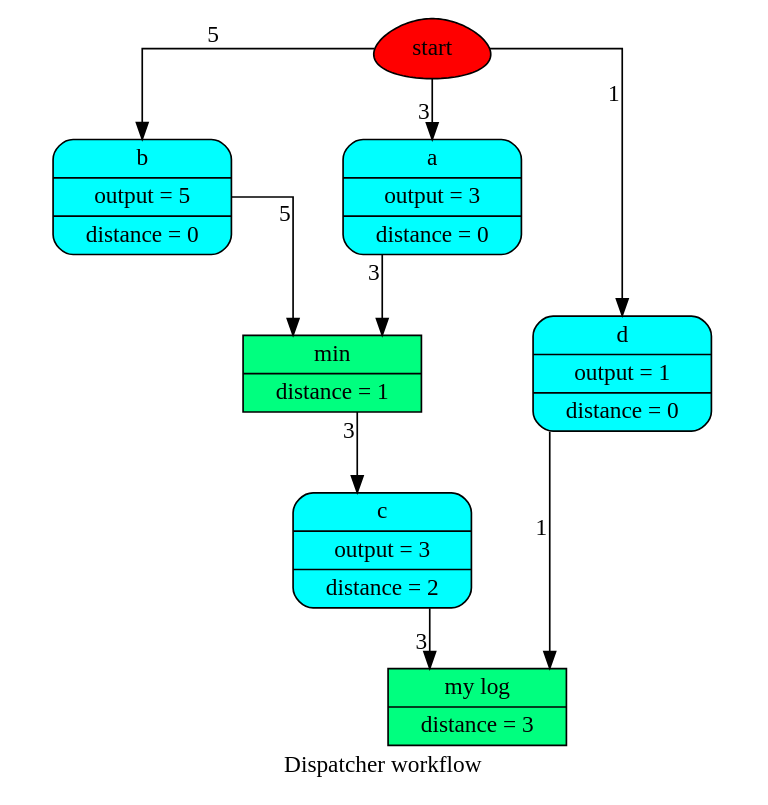
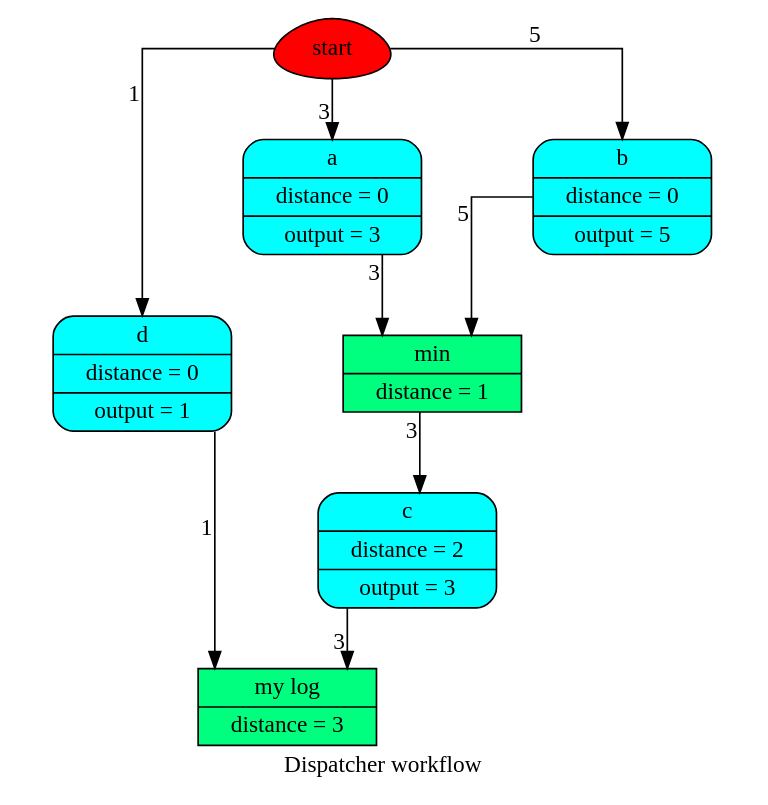
Before and after one commit to vinci1it2000/schedula: the diagram in doc/source/dispatcher/__init__/dispatch/wf3.dot, drawn with Graphviz. The commit also changed 26 other files, not shown here.

```diff
--- a/doc/source/dispatcher/__init__/dispatch/wf3.dot
+++ b/doc/source/dispatcher/__init__/dispatch/wf3.dot
@@ -1,21 +1,21 @@
 digraph Dispatcher {
 	graph [ratio=1]
 	node [style=filled]
+	label = "Dispatcher workflow"
 	splines = ortho
-	label = "Dispatcher workflow"
-		Dispatcher_4373696824 [label=start fillcolor=red shape=egg]
-		"Dispatcher_-427784935824896063" [label="{ b | output = 5 | distance = 0 }" fillcolor=cyan shape=Mrecord]
-		Dispatcher_8583476549605735667 [label="{ my log | distance = 3 }" fillcolor=springgreen shape=record]
-		"Dispatcher_-6866225254170713515" [label="{ d | output = 1 | distance = 0 }" fillcolor=cyan shape=Mrecord]
-		Dispatcher_5626300579074633926 [label="{ c | output = 3 | distance = 2 }" fillcolor=cyan shape=Mrecord]
-		"Dispatcher_-3574468403947108869" [label="{ a | output = 3 | distance = 0 }" fillcolor=cyan shape=Mrecord]
-		"Dispatcher_-7278840973267527250" [label="{ min | distance = 1 }" fillcolor=springgreen shape=record]
-			"Dispatcher_-427784935824896063" -> "Dispatcher_-7278840973267527250" [xlabel=5]
-			"Dispatcher_-6866225254170713515" -> Dispatcher_8583476549605735667 [xlabel=1]
-			Dispatcher_5626300579074633926 -> Dispatcher_8583476549605735667 [xlabel=3]
-			Dispatcher_4373696824 -> "Dispatcher_-427784935824896063" [xlabel=5]
-			Dispatcher_4373696824 -> "Dispatcher_-3574468403947108869" [xlabel=3]
-			Dispatcher_4373696824 -> "Dispatcher_-6866225254170713515" [xlabel=1]
-			"Dispatcher_-3574468403947108869" -> "Dispatcher_-7278840973267527250" [xlabel=3]
-			"Dispatcher_-7278840973267527250" -> Dispatcher_5626300579074633926 [xlabel=3]
+		Dispatcher_4373721400 [label=start fillcolor=red shape=egg]
+		Dispatcher_4028652557604299651 [label="{ d | distance = 0 | output = 1 }" fillcolor=cyan shape=Mrecord]
+		"Dispatcher_-7507378464262976571" [label="{ min | distance = 1 }" fillcolor=springgreen shape=record]
+		"Dispatcher_-1739731674132073175" [label="{ c | distance = 2 | output = 3 }" fillcolor=cyan shape=Mrecord]
+		"Dispatcher_-8503278920192876870" [label="{ a | distance = 0 | output = 3 }" fillcolor=cyan shape=Mrecord]
+		"Dispatcher_-3117625956851900853" [label="{ b | distance = 0 | output = 5 }" fillcolor=cyan shape=Mrecord]
+		Dispatcher_760629238729994844 [label="{ my log | distance = 3 }" fillcolor=springgreen shape=record]
+			Dispatcher_4028652557604299651 -> Dispatcher_760629238729994844 [xlabel=1]
+			"Dispatcher_-7507378464262976571" -> "Dispatcher_-1739731674132073175" [xlabel=3]
+			Dispatcher_4373721400 -> "Dispatcher_-8503278920192876870" [xlabel=3]
+			Dispatcher_4373721400 -> "Dispatcher_-3117625956851900853" [xlabel=5]
+			Dispatcher_4373721400 -> Dispatcher_4028652557604299651 [xlabel=1]
+			"Dispatcher_-1739731674132073175" -> Dispatcher_760629238729994844 [xlabel=3]
+			"Dispatcher_-8503278920192876870" -> "Dispatcher_-7507378464262976571" [xlabel=3]
+			"Dispatcher_-3117625956851900853" -> "Dispatcher_-7507378464262976571" [xlabel=5]
 }
```
